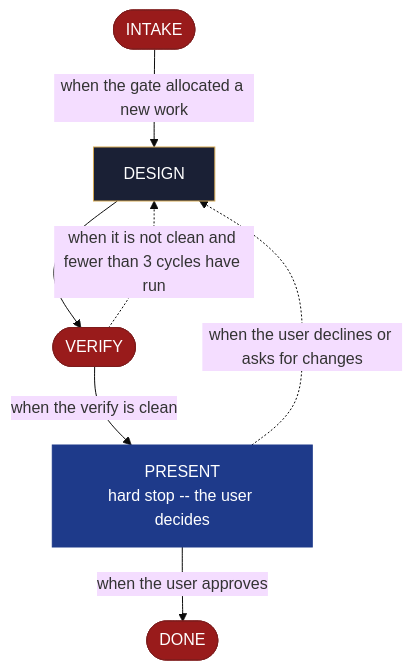
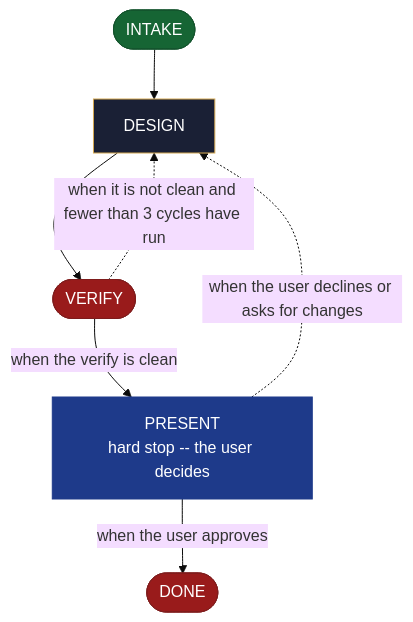
Before and after one commit to AndreVianna/aid-methodology: the diagram in site/src/content/docs/skills/aid-brainstorm.md, drawn with Mermaid (base theme). The commit also changed other lines of this file and 148 other files, not shown here.

````diff
--- a/site/src/content/docs/skills/aid-brainstorm.md
+++ b/site/src/content/docs/skills/aid-brainstorm.md
@@ -20,30 +20,30 @@
 ```mermaid
 flowchart TB
   classDef aidNode color:#fff
   classDef aidEntry fill:#166534,stroke:#14532d,color:#fff
   classDef aidExit fill:#991b1b,stroke:#7f1d1d,color:#fff
   classDef aidDecision fill:#92400e,stroke:#78350f,color:#fff
   classDef aidLoopBack fill:#1e3a8a,stroke:#1e3a8a,color:#fff
   classDef aidStep fill:#1a2035,stroke:#d4a853,color:#f1f5f9
   n1(["INTAKE"])
   n2["DESIGN"]
   n3(["VERIFY"])
   n4["PRESENT<br/>hard stop -- the user decides"]
   n5(["DONE"])
-  n1 -->|"when the gate allocated a new work"| n2
+  n1 --> n2
   n2 --> n3
   n3 -. "when it is not clean and fewer than 3 cycles have run" .-> n2
   n3 -->|"when the verify is clean"| n4
   n4 -. "when the user declines or asks for changes" .-> n2
   n4 -->|"when the user approves"| n5
-  class n1 aidExit
+  class n1 aidEntry
   class n2 aidStep
   class n3 aidExit
   class n4 aidLoopBack
   class n5 aidExit
   class n1 aidNode
   class n2 aidNode
   class n3 aidNode
   class n4 aidNode
   class n5 aidNode
 ```
````
